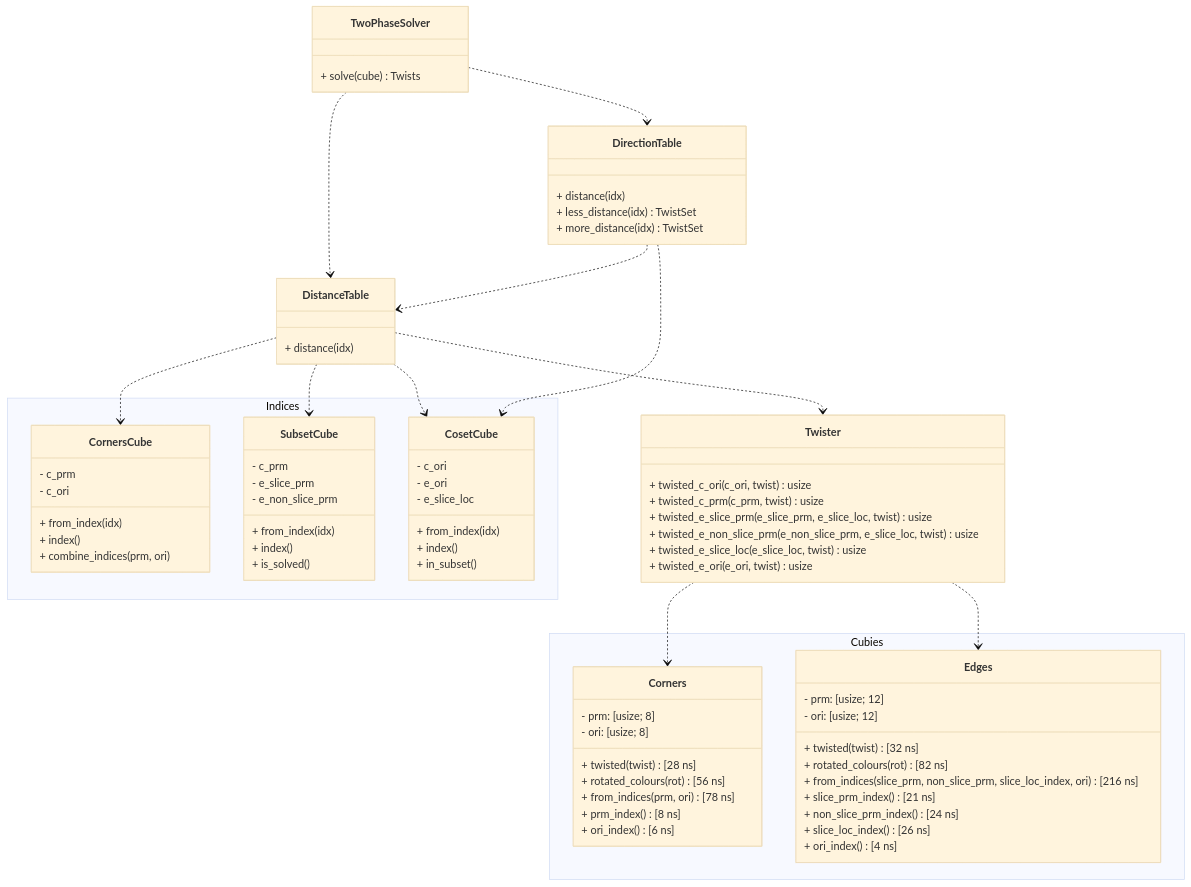
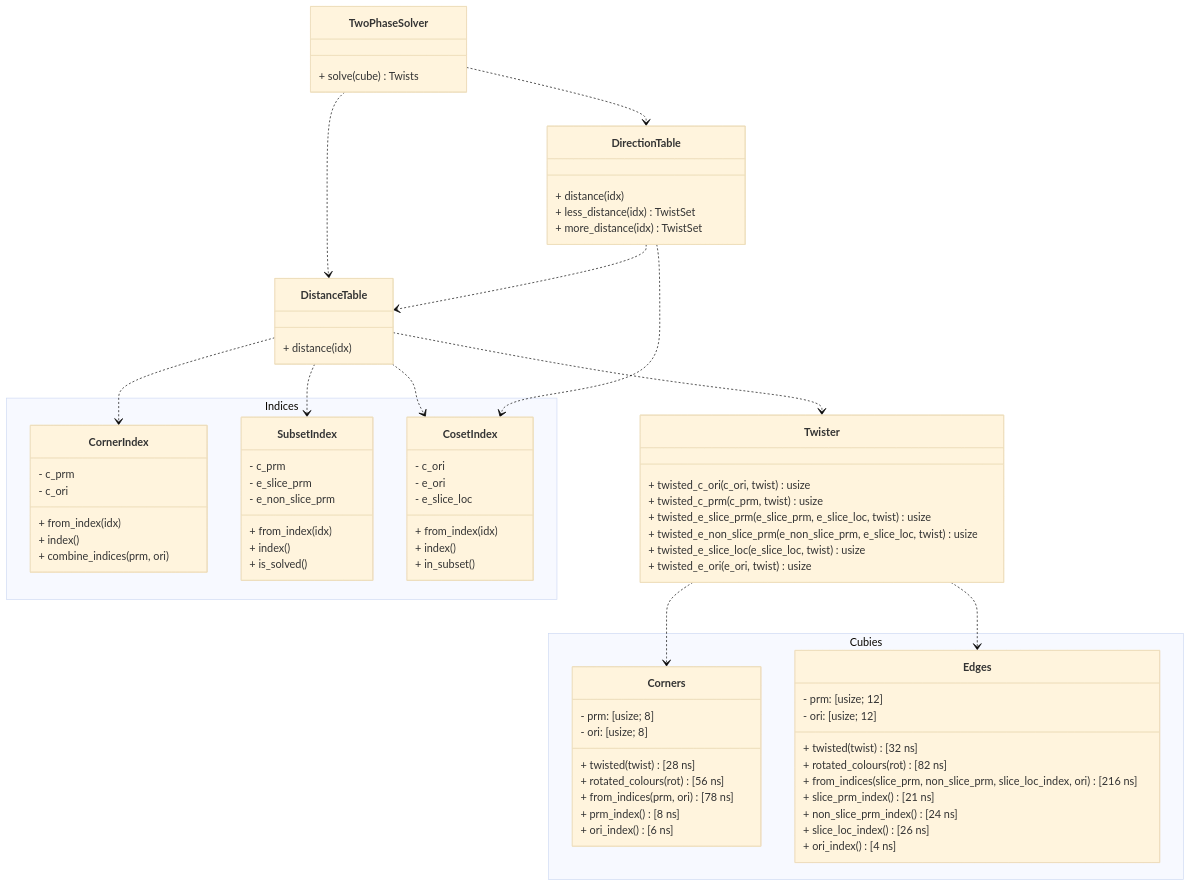
Before and after one commit to dominichofer/RubiksCube-rs: the diagram in architecture.mmd, drawn with Mermaid (base theme). The commit also changed 39 other files, not shown here.

```diff
--- a/architecture.mmd
+++ b/architecture.mmd
@@ -1,81 +1,81 @@
 classDiagram
     namespace Cubies {
         class Corners {
             - prm: [usize; 8]
             - ori: [usize; 8]
             + twisted(twist) [28 ns]
             + rotated_colours(rot) [56 ns]
             + from_indices(prm, ori) [78 ns]
             + prm_index() [8 ns]
             + ori_index() [6 ns]
         }
         class Edges {
             - prm: [usize; 12]
             - ori: [usize; 12]
             + twisted(twist) [32 ns]
             + rotated_colours(rot) [82 ns]
             + from_indices(slice_prm, non_slice_prm, slice_loc_index, ori) [216 ns]
             + slice_prm_index() [21 ns]
             + non_slice_prm_index() [24 ns]
             + slice_loc_index() [26 ns]
             + ori_index() [4 ns]
         }
     }
     namespace Indices {
-        class CornersCube {
+        class CornerIndex {
             - c_prm
             - c_ori
             + from_index(idx)
             + index()
             + combine_indices(prm, ori)
         }
-        class SubsetCube {
+        class SubsetIndex {
             - c_prm
             - e_slice_prm
             - e_non_slice_prm
             + from_index(idx)
             + index()
             + is_solved()
         }
-        class CosetCube {
+        class CosetIndex {
             - c_ori
             - e_ori
             - e_slice_loc
             + from_index(idx)
             + index()
             + in_subset()
         }
     }
 
     class Twister {
         + twisted_c_ori(c_ori, twist) usize
         + twisted_c_prm(c_prm, twist) usize
         + twisted_e_slice_prm(e_slice_prm, e_slice_loc, twist) usize
         + twisted_e_non_slice_prm(e_non_slice_prm, e_slice_loc, twist) usize
         + twisted_e_slice_loc(e_slice_loc, twist) usize
         + twisted_e_ori(e_ori, twist) usize
     }
     Twister ..> Corners
     Twister ..> Edges
 
     class DistanceTable {
         + distance(idx)
     }
-    DistanceTable ..> CornersCube
-    DistanceTable ..> SubsetCube
-    DistanceTable ..> CosetCube
+    DistanceTable ..> CornerIndex
+    DistanceTable ..> SubsetIndex
+    DistanceTable ..> CosetIndex
     DistanceTable ..> Twister
 
     class DirectionTable {
         + distance(idx)
         + less_distance(idx) TwistSet
         + more_distance(idx) TwistSet
     }
     DirectionTable ..> DistanceTable
-    DirectionTable ..> CosetCube
+    DirectionTable ..> CosetIndex
 
     class TwoPhaseSolver {
         + solve(cube) Twists
     }
     TwoPhaseSolver ..> DistanceTable
     TwoPhaseSolver ..> DirectionTable
```
